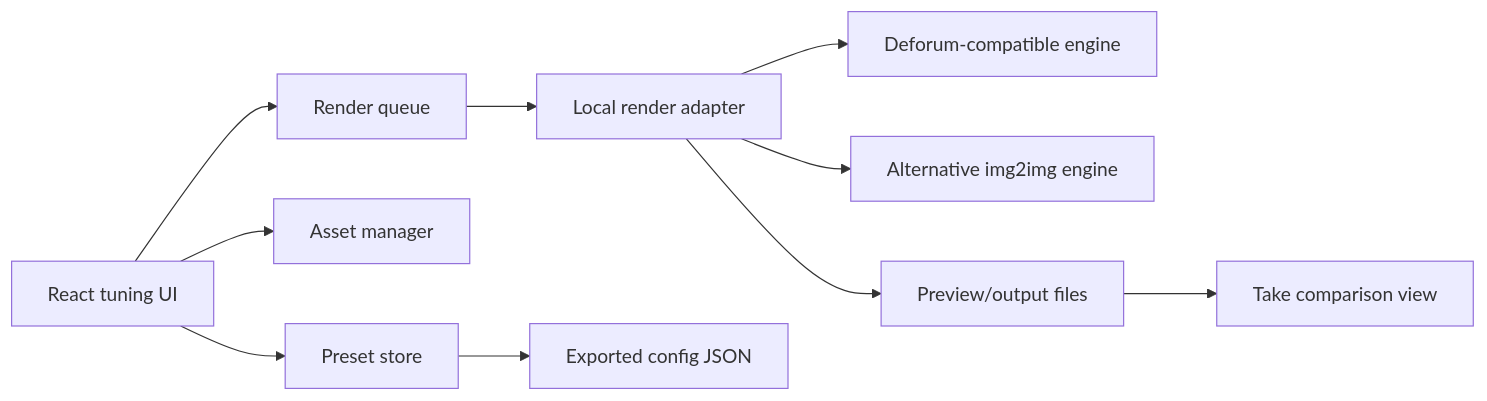
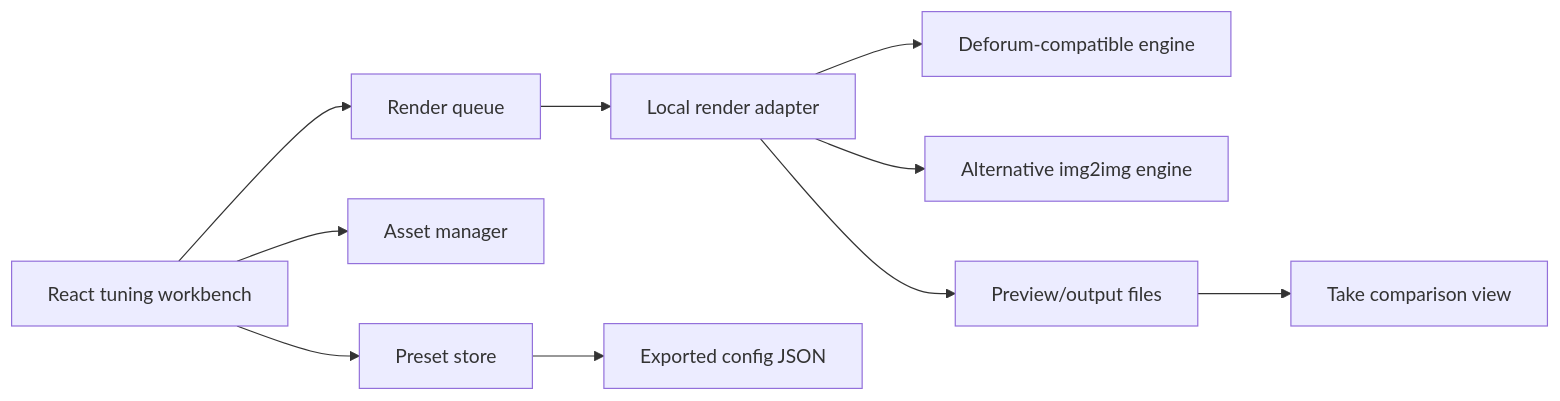
The diagram in docs/deforum-control-ui-prd-spec.md (j26o/nms-shg-deforum-control-ui), drawn with Mermaid before and after one commit. The commit also changed other lines of this file and 31 other files, not shown here.

````diff
--- a/docs/deforum-control-ui-prd-spec.md
+++ b/docs/deforum-control-ui-prd-spec.md
@@ -340,12 +340,12 @@
 ```mermaid
 flowchart LR
-    A["React tuning UI"] --> B["Preset store"]
+    A["React tuning workbench"] --> B["Preset store"]
     A --> C["Asset manager"]
     A --> D["Render queue"]
     D --> E["Local render adapter"]
     E --> F["Deforum-compatible engine"]
     E --> G["Alternative img2img engine"]
     E --> H["Preview/output files"]
     B --> I["Exported config JSON"]
     H --> J["Take comparison view"]
 ```
````
